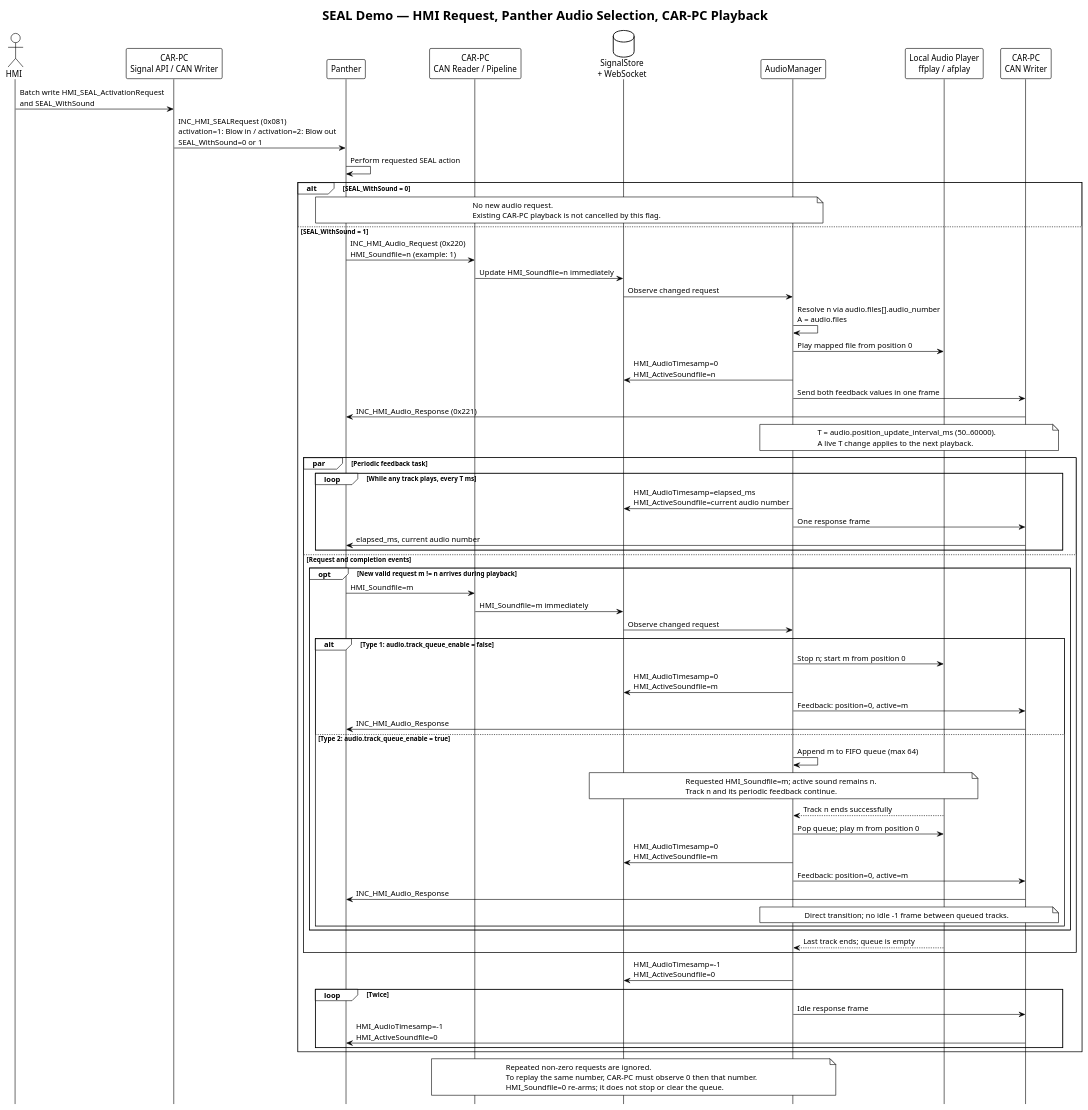
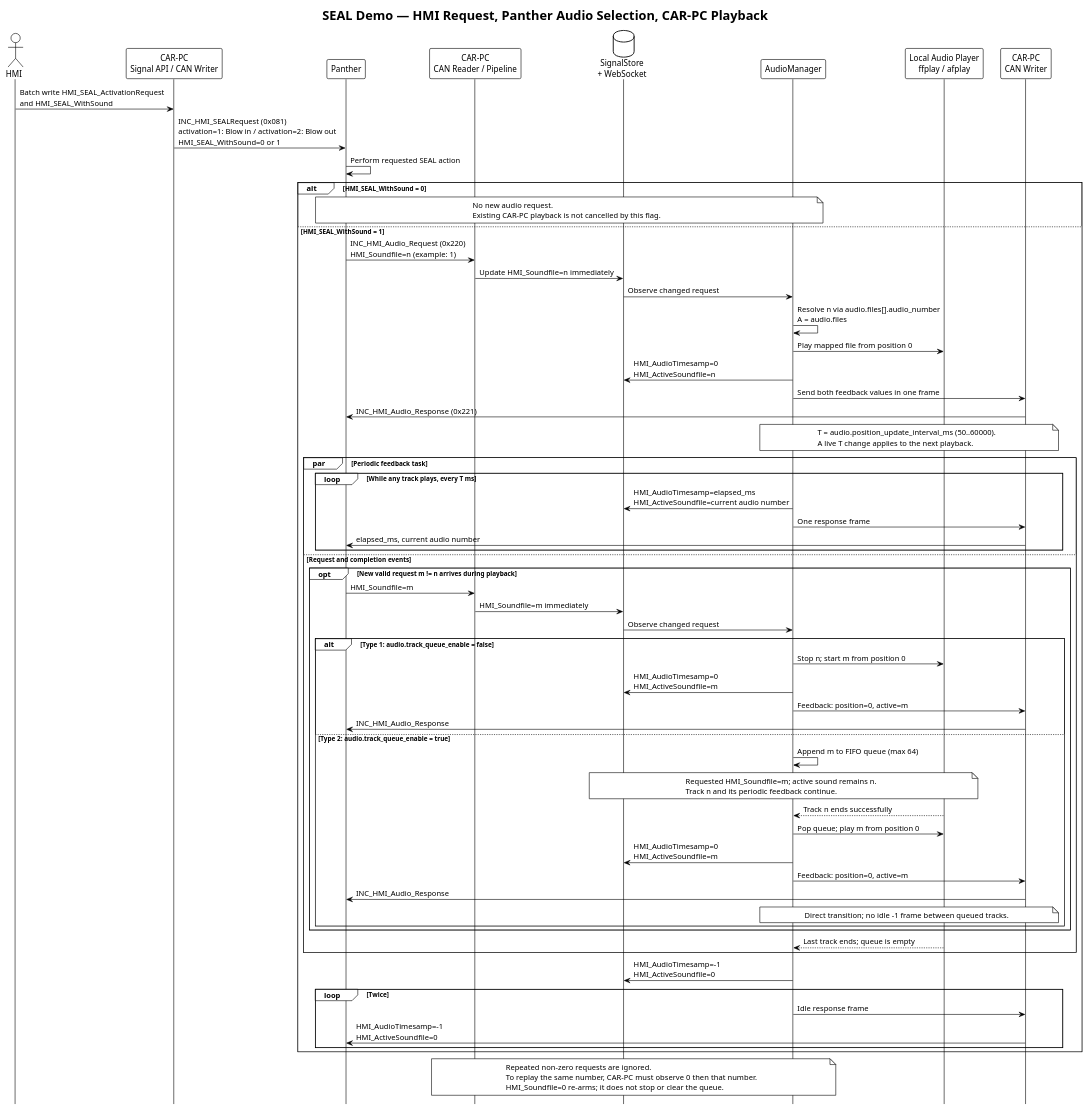
One commit to 3tdn/car-hmi changed the diagram in diagram/21_sequence_audio_demo.puml. Above: the diagram before and after it, drawn with PlantUML. The commit also changed 25 other files, not shown here.

```diff
--- a/diagram/21_sequence_audio_demo.puml
+++ b/diagram/21_sequence_audio_demo.puml
@@ -1,83 +1,83 @@
 @startuml 21_sequence_audio_demo
 !theme plain
 title SEAL Demo — HMI Request, Panther Audio Selection, CAR-PC Playback
 hide footbox
 
 actor "HMI" as hmi
 participant "CAR-PC\nSignal API / CAN Writer" as api
 participant "Panther" as panther
 participant "CAR-PC\nCAN Reader / Pipeline" as rx
 database "SignalStore\n+ WebSocket" as store
 participant "AudioManager" as audio
 participant "Local Audio Player\nffplay / afplay" as player
 participant "CAR-PC\nCAN Writer" as tx
 
-hmi -> api : Batch write HMI_SEAL_ActivationRequest\nand SEAL_WithSound
-api -> panther : INC_HMI_SEALRequest (0x081)\nactivation=1: Blow in / activation=2: Blow out\nSEAL_WithSound=0 or 1
+hmi -> api : Batch write HMI_SEAL_ActivationRequest\nand HMI_SEAL_WithSound
+api -> panther : INC_HMI_SEALRequest (0x081)\nactivation=1: Blow in / activation=2: Blow out\nHMI_SEAL_WithSound=0 or 1
 panther -> panther : Perform requested SEAL action
-alt SEAL_WithSound = 0
+alt HMI_SEAL_WithSound = 0
     note over panther, audio
       No new audio request.
       Existing CAR-PC playback is not cancelled by this flag.
     end note
-else SEAL_WithSound = 1
+else HMI_SEAL_WithSound = 1
     panther -> rx : INC_HMI_Audio_Request (0x220)\nHMI_Soundfile=n (example: 1)
     rx -> store : Update HMI_Soundfile=n immediately
     store -> audio : Observe changed request
     audio -> audio : Resolve n via audio.files[].audio_number\nA = audio.files
     audio -> player : Play mapped file from position 0
     audio -> store : HMI_AudioTimesamp=0\nHMI_ActiveSoundfile=n
     audio -> tx : Send both feedback values in one frame
     tx -> panther : INC_HMI_Audio_Response (0x221)
 
     note over audio, tx
       T = audio.position_update_interval_ms (50..60000).
       A live T change applies to the next playback.
     end note
 
     par Periodic feedback task
         loop While any track plays, every T ms
             audio -> store : HMI_AudioTimesamp=elapsed_ms\nHMI_ActiveSoundfile=current audio number
             audio -> tx : One response frame
             tx -> panther : elapsed_ms, current audio number
         end
     else Request and completion events
     opt New valid request m != n arrives during playback
         panther -> rx : HMI_Soundfile=m
         rx -> store : HMI_Soundfile=m immediately
         store -> audio : Observe changed request
         alt Type 1: audio.track_queue_enable = false
             audio -> player : Stop n; start m from position 0
             audio -> store : HMI_AudioTimesamp=0\nHMI_ActiveSoundfile=m
             audio -> tx : Feedback: position=0, active=m
             tx -> panther : INC_HMI_Audio_Response
         else Type 2: audio.track_queue_enable = true
             audio -> audio : Append m to FIFO queue (max 64)
             note over store, player
               Requested HMI_Soundfile=m; active sound remains n.
               Track n and its periodic feedback continue.
             end note
             player --> audio : Track n ends successfully
             audio -> player : Pop queue; play m from position 0
             audio -> store : HMI_AudioTimesamp=0\nHMI_ActiveSoundfile=m
             audio -> tx : Feedback: position=0, active=m
             tx -> panther : INC_HMI_Audio_Response
             note over audio, tx : Direct transition; no idle -1 frame between queued tracks.
         end
     end
 
     player --> audio : Last track ends; queue is empty
     end
     audio -> store : HMI_AudioTimesamp=-1\nHMI_ActiveSoundfile=0
     loop Twice
         audio -> tx : Idle response frame
         tx -> panther : HMI_AudioTimesamp=-1\nHMI_ActiveSoundfile=0
     end
 end
 
 note over rx, audio
   Repeated non-zero requests are ignored.
   To replay the same number, CAR-PC must observe 0 then that number.
   HMI_Soundfile=0 re-arms; it does not stop or clear the queue.
 end note
 @enduml
```
